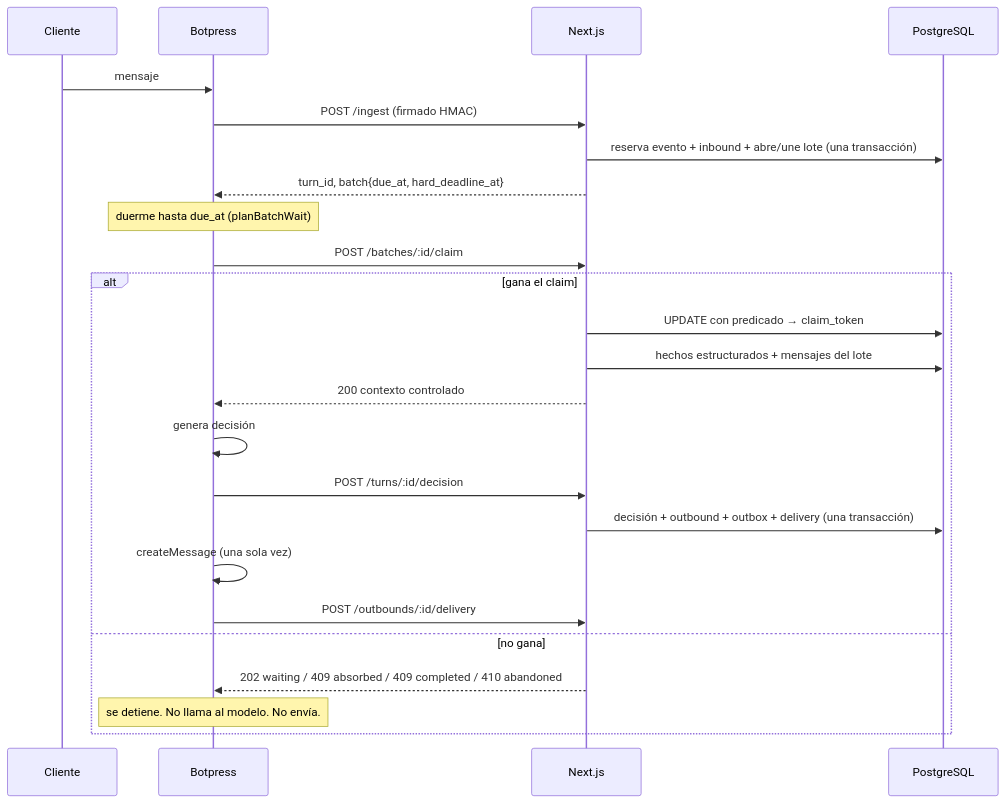
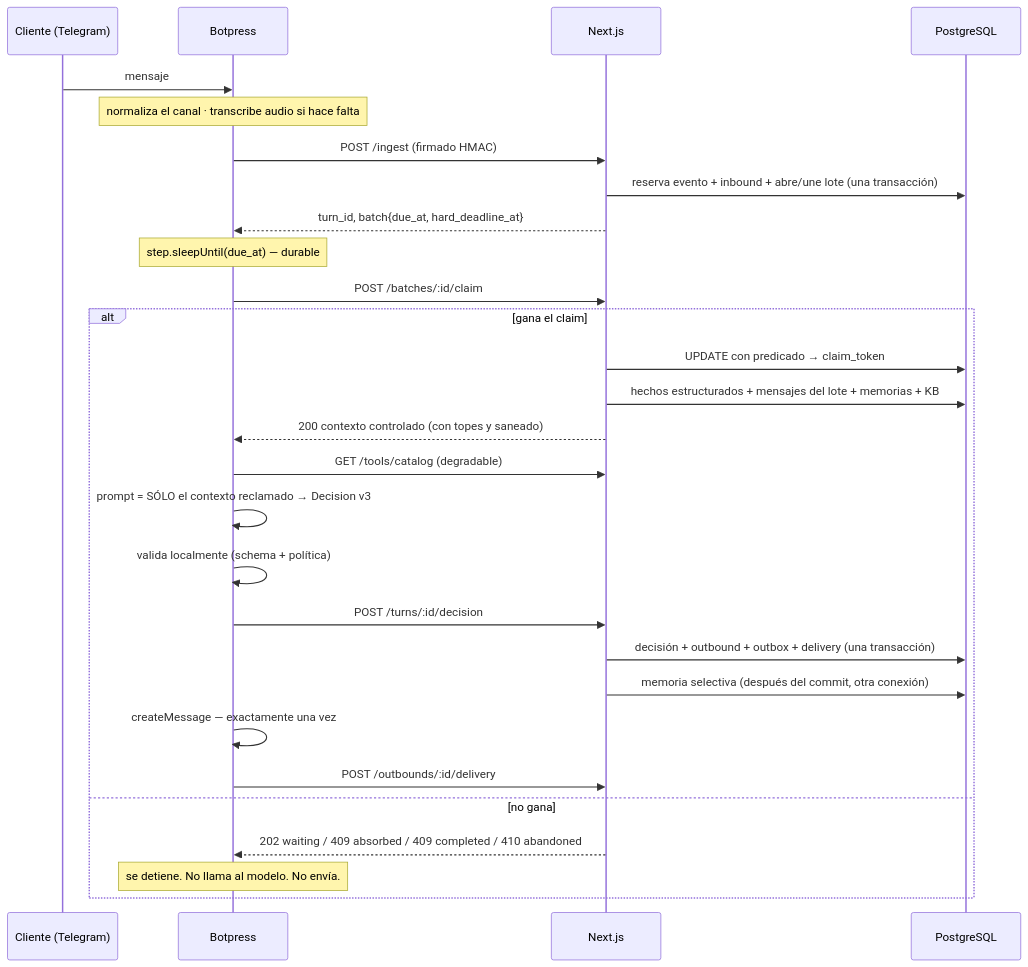
Before and after one commit to Maneyrao/studyx-agente-ventas: the second of 5 diagrams in docs/ORCHESTRATOR_MAP.md, drawn with Mermaid. The commit also changed other lines of this file and 63 other files, not shown here.

````diff
--- a/docs/ORCHESTRATOR_MAP.md
+++ b/docs/ORCHESTRATOR_MAP.md
@@ -53,27 +64,31 @@
 ```mermaid
 sequenceDiagram
-  participant C as Cliente
+  participant C as Cliente (Telegram)
   participant B as Botpress
   participant N as Next.js
   participant P as PostgreSQL
 
   C->>B: mensaje
+  Note over B: normaliza el canal · transcribe audio si hace falta
   B->>N: POST /ingest (firmado HMAC)
   N->>P: reserva evento + inbound + abre/une lote (una transacción)
   N-->>B: turn_id, batch{due_at, hard_deadline_at}
-  Note over B: duerme hasta due_at (planBatchWait)
+  Note over B: step.sleepUntil(due_at) — durable
   B->>N: POST /batches/:id/claim
   alt gana el claim
     N->>P: UPDATE con predicado → claim_token
-    N->>P: hechos estructurados + mensajes del lote
-    N-->>B: 200 contexto controlado
-    B->>B: genera decisión
+    N->>P: hechos estructurados + mensajes del lote + memorias + KB
+    N-->>B: 200 contexto controlado (con topes y saneado)
+    B->>N: GET /tools/catalog (degradable)
+    B->>B: prompt = SÓLO el contexto reclamado → Decision v3
+    B->>B: valida localmente (schema + política)
     B->>N: POST /turns/:id/decision
     N->>P: decisión + outbound + outbox + delivery (una transacción)
-    B->>B: createMessage (una sola vez)
+    N->>P: memoria selectiva (después del commit, otra conexión)
+    B->>B: createMessage — exactamente una vez
     B->>N: POST /outbounds/:id/delivery
   else no gana
     N-->>B: 202 waiting / 409 absorbed / 409 completed / 410 abandoned
     Note over B: se detiene. No llama al modelo. No envía.
   end
 ```
````
